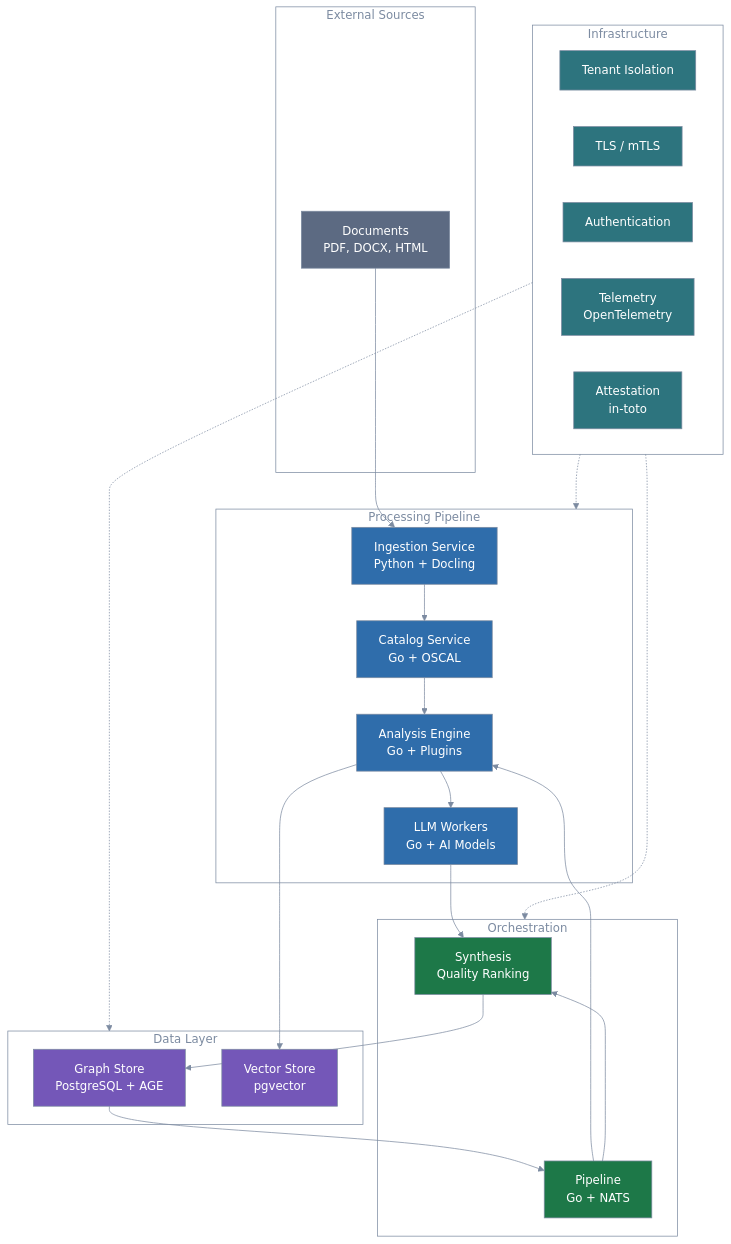
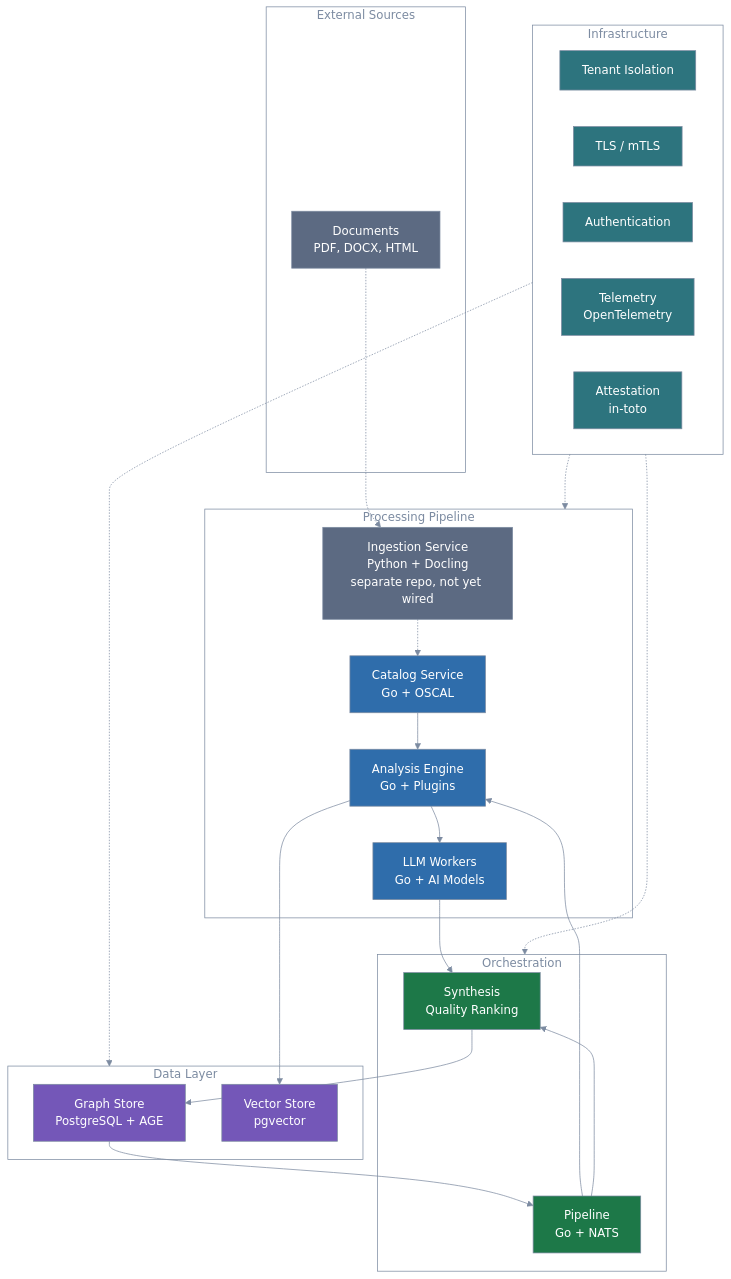
The diagram in README.md (complytime-labs/crosscodex), drawn with Mermaid before and after one commit. The commit also changed other lines of this file, not shown here.

Commit message:
docs(readme): mark the Docling ingestion service as not yet wired
The architecture diagram drew the Ingestion service in the live document
flow, and the service table listed it like the built services. Show it
as a separate repository whose output is not yet consumed here.

Refs #214

````diff
--- a/README.md
+++ b/README.md
@@ -533,63 +533,64 @@
 ```mermaid
 %%{init: {'theme': 'base', 'themeVariables': {
   'primaryColor': '#2f6dab',
   'primaryTextColor': '#1e1e1e',
   'primaryBorderColor': '#7c8ba1',
   'lineColor': '#7c8ba1',
   'edgeLabelBackground': '#eef2f8',
   'tertiaryColor': 'transparent',
   'tertiaryTextColor': '#7c8ba1',
   'tertiaryBorderColor': '#7c8ba1',
   'clusterBkg': 'transparent',
   'clusterBorder': '#7c8ba1',
   'titleColor': '#7c8ba1',
   'noteBkgColor': '#eef2f8',
   'noteTextColor': '#1e1e1e',
   'fontFamily': 'system-ui, sans-serif'
 }, 'themeCSS': '.node .nodeLabel{color:#ffffff!important;fill:#ffffff!important;}'}}%%
 flowchart TD
     subgraph external ["External Sources"]
         docs["Documents<br/>PDF, DOCX, HTML"]
     end
     subgraph processing ["Processing Pipeline"]
-        ingestion["Ingestion Service<br/>Python + Docling"]
+        ingestion["Ingestion Service<br/>Python + Docling<br/>separate repo, not yet wired"]
         catalog["Catalog Service<br/>Go + OSCAL"]
         analysis["Analysis Engine<br/>Go + Plugins"]
         llm["LLM Workers<br/>Go + AI Models"]
     end
     subgraph orchestration ["Orchestration"]
         synthesis["Synthesis<br/>Quality Ranking"]
         pipeline["Pipeline<br/>Go + NATS"]
     end
     subgraph datalayer ["Data Layer"]
         graphdb["Graph Store<br/>PostgreSQL + AGE"]
         vectordb["Vector Store<br/>pgvector"]
     end
     subgraph infra ["Infrastructure"]
         tenant["Tenant Isolation"]
         tls["TLS / mTLS"]
         authn["Authentication"]
         telemetry["Telemetry<br/>OpenTelemetry"]
         attestation["Attestation<br/>in-toto"]
     end
-    docs --> ingestion --> catalog --> analysis --> llm
+    docs -.-> ingestion -.-> catalog
+    catalog --> analysis --> llm
     llm --> synthesis --> graphdb
     pipeline --> analysis
     pipeline --> synthesis
     graphdb --> pipeline
     analysis --> vectordb
     infra -.-> processing
     infra -.-> orchestration
     infra -.-> datalayer
 
     classDef sysA fill:#2f6dab,color:#ffffff,stroke:#7c8ba1
     classDef sysB fill:#1d7848,color:#ffffff,stroke:#7c8ba1
     classDef sysC fill:#7457b8,color:#ffffff,stroke:#7c8ba1
     classDef sysD fill:#2d747e,color:#ffffff,stroke:#7c8ba1
     classDef sysF fill:#5c6a82,color:#ffffff,stroke:#7c8ba1
-    class ingestion,catalog,analysis,llm sysA
+    class catalog,analysis,llm sysA
     class synthesis,pipeline sysB
     class graphdb,vectordb sysC
     class tenant,tls,authn,telemetry,attestation sysD
-    class docs sysF
+    class docs,ingestion sysF
 ```
````
